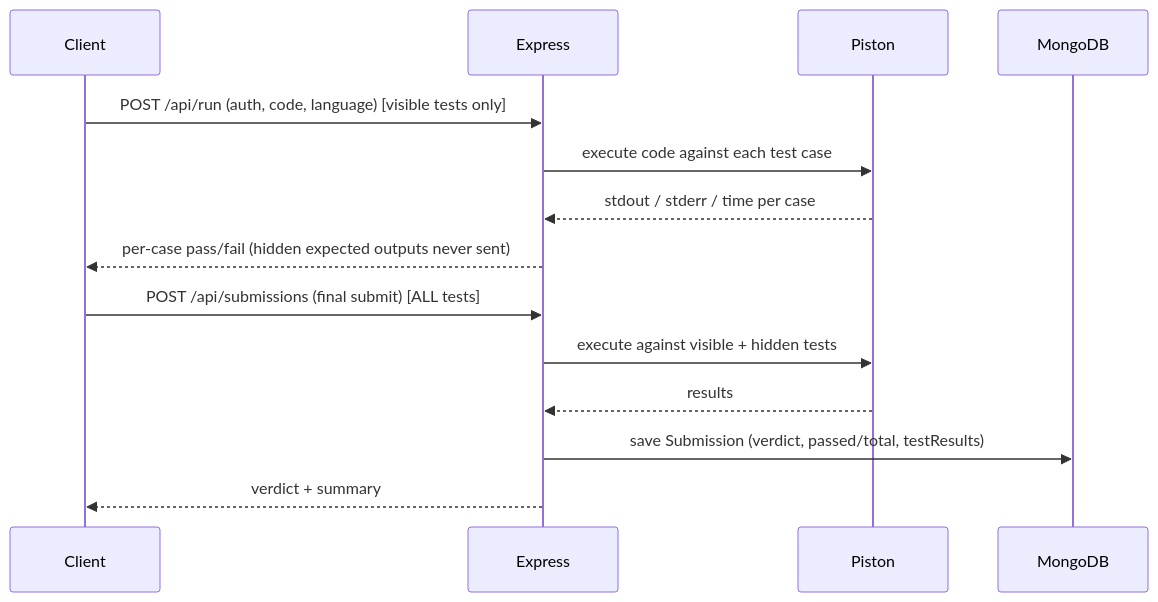
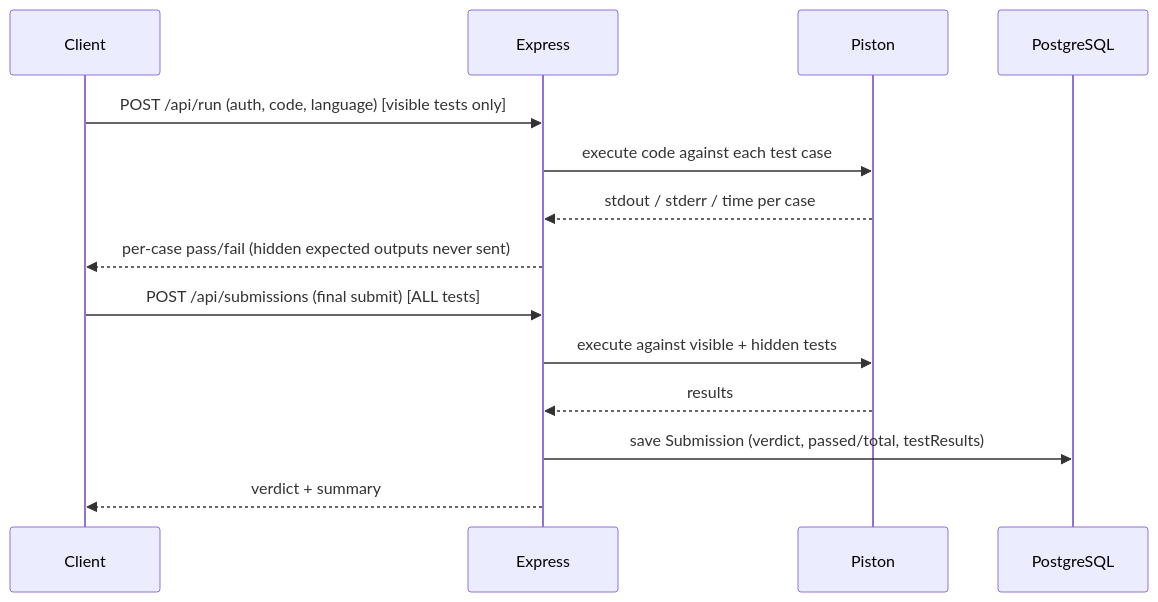
Before and after one commit to Ashish0555/CodeSage: the second of 4 diagrams in docs/ARCHITECTURE.md, drawn with Mermaid. The commit also changed other lines of this file and 29 other files, not shown here.

Commit message:
Migrate persistence layer to PostgreSQL

````diff
--- a/docs/ARCHITECTURE.md
+++ b/docs/ARCHITECTURE.md
@@ -89,16 +89,16 @@
 ```mermaid
 sequenceDiagram
   participant C as Client
   participant API as Express
   participant J as Piston
-  participant DB as MongoDB
+  participant DB as PostgreSQL
   C->>API: POST /api/run  (auth, code, language)  [visible tests only]
   API->>J: execute code against each test case
   J-->>API: stdout / stderr / time per case
   API-->>C: per-case pass/fail (hidden expected outputs never sent)
   C->>API: POST /api/submissions  (final submit) [ALL tests]
   API->>J: execute against visible + hidden tests
   J-->>API: results
   API->>DB: save Submission (verdict, passed/total, testResults)
   API-->>C: verdict + summary
 ```
````
